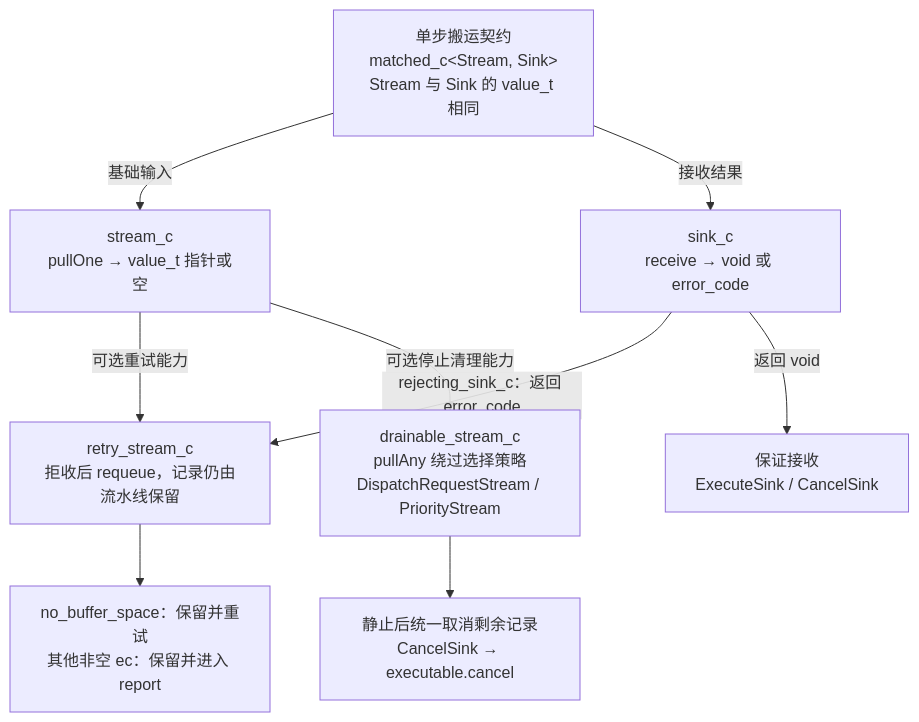
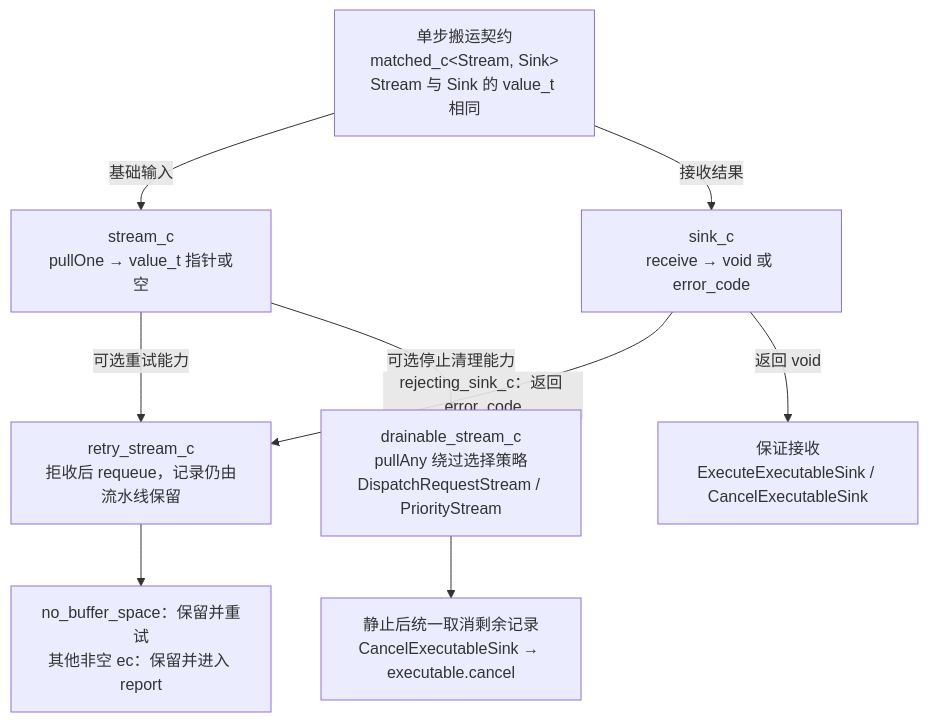
One commit to mmmmmcree/async changed the second of 7 diagrams in CORE_ARCHITECTURE.md. Above: the diagram before and after it, drawn with Mermaid. The commit also changed other lines of this file and 20 other files, not shown here.

````diff
--- a/CORE_ARCHITECTURE.md
+++ b/CORE_ARCHITECTURE.md
@@ -28,12 +28,12 @@
 ```mermaid
 flowchart TB
     transfer["单步搬运契约<br/>matched_c&lt;Stream, Sink&gt;<br/>Stream 与 Sink 的 value_t 相同"]
     transfer -->|基础输入| stream["stream_c<br/>pullOne → value_t 指针或空"]
     transfer -->|接收结果| sink["sink_c<br/>receive → void 或 error_code"]
     sink -->|rejecting_sink_c：返回 error_code| retry["retry_stream_c<br/>拒收后 requeue，记录仍由流水线保留"]
     stream -->|可选重试能力| retry
     stream -->|可选停止清理能力| drain["drainable_stream_c<br/>pullAny 绕过选择策略<br/>DispatchRequestStream / PriorityStream"]
-    sink -->|返回 void| accepted["保证接收<br/>ExecuteSink / CancelSink"]
+    sink -->|返回 void| accepted["保证接收<br/>ExecuteExecutableSink / CancelExecutableSink"]
     retry --> recover["no_buffer_space：保留并重试<br/>其他非空 ec：保留并进入 report"]
-    drain --> cleanup["静止后统一取消剩余记录<br/>CancelSink → executable.cancel"]
+    drain --> cleanup["静止后统一取消剩余记录<br/>CancelExecutableSink → executable.cancel"]
 ```
````
